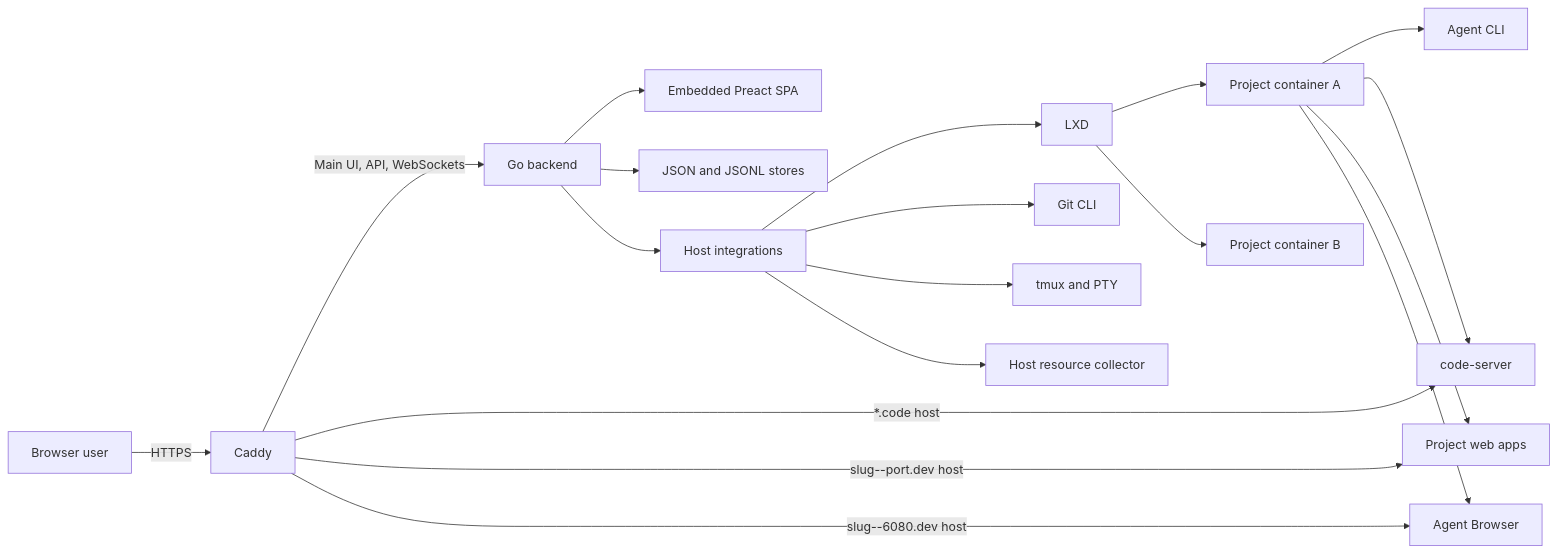
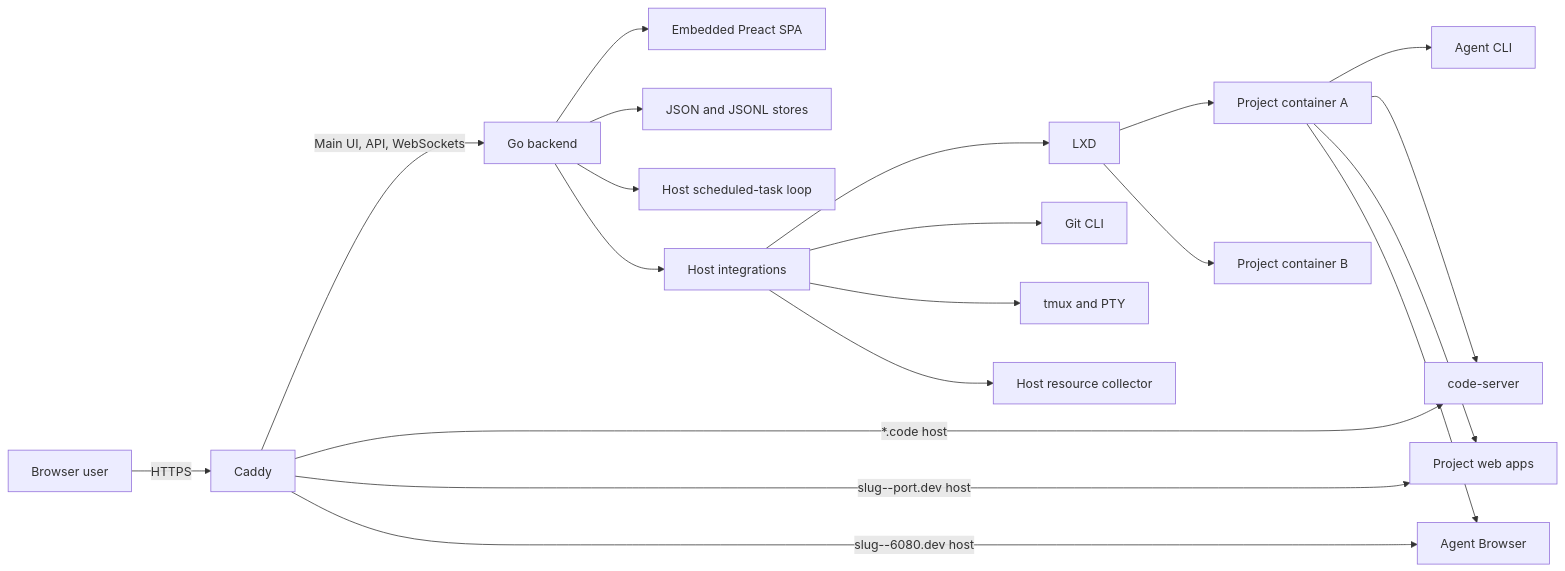
Before and after one commit to AbdallahMohamedDotnet/remote.futrx: the first of 3 diagrams in docs/01-overview/01-system-overview.md, drawn with Mermaid. The commit also changed other lines of this file and 25 other files, not shown here.

````diff
--- a/docs/01-overview/01-system-overview.md
+++ b/docs/01-overview/01-system-overview.md
@@ -11,23 +14,24 @@
 ```mermaid
 flowchart LR
     User["Browser user"] -->|"HTTPS"| Caddy["Caddy"]
     Caddy -->|"Main UI, API, WebSockets"| Go["Go backend"]
     Go --> SPA["Embedded Preact SPA"]
     Go --> Stores["JSON and JSONL stores"]
+    Go --> Scheduler["Host scheduled-task loop"]
     Go --> Host["Host integrations"]
     Host --> LXD["LXD"]
     Host --> Git["Git CLI"]
     Host --> Tmux["tmux and PTY"]
     Host --> Info["Host resource collector"]
 
     LXD --> P1["Project container A"]
     LXD --> P2["Project container B"]
     P1 --> Agent["Agent CLI"]
     P1 --> IDE["code-server"]
     P1 --> Apps["Project web apps"]
     P1 --> Chromium["Agent Browser"]
 
     Caddy -->|"*.code host"| IDE
     Caddy -->|"slug--port.dev host"| Apps
     Caddy -->|"slug--6080.dev host"| Chromium
 ```
````
